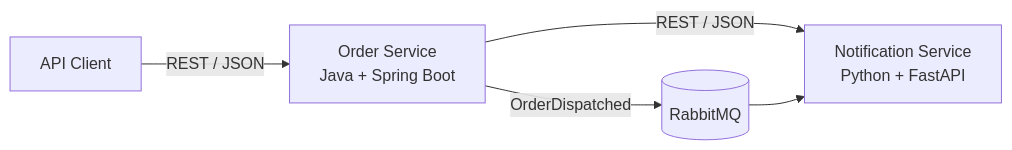
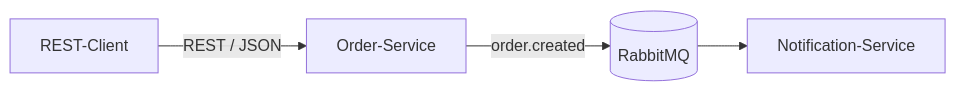
Before and after one commit to kodschul/kodschul-microservices-rest-apis-3-open: the diagram in output/m00-overview/overview.md, drawn with Mermaid. The commit also changed other lines of this file and 285 other files, not shown here.

````diff
--- a/output/m00-overview/overview.md
+++ b/output/m00-overview/overview.md
@@ -55,7 +59,6 @@
 ```mermaid
 flowchart LR
-    Client[API Client] -->|REST / JSON| Order[Order Service<br/>Java + Spring Boot]
-    Order -->|REST / JSON| Notify[Notification Service<br/>Python + FastAPI]
-    Order -->|OrderDispatched| Broker[(RabbitMQ)]
-    Broker --> Notify
+    Client[REST-Client] -->|REST / JSON| Order[Order-Service]
+    Order -->|order.created| MQ[(RabbitMQ)]
+    MQ --> Notify[Notification-Service]
 ```
````
